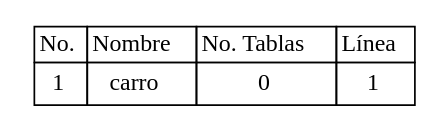
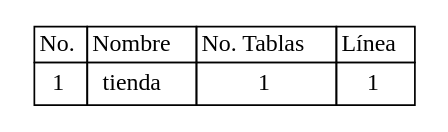
One commit to Jodyannre/COMPI2_proyecto2_2022 changed the diagram in Back/Web/tablas/tablaBD.dot. Above: the diagram before and after it, drawn with Graphviz. The commit also changed 25 other files, not shown here.

```diff
--- a/Back/Web/tablas/tablaBD.dot
+++ b/Back/Web/tablas/tablaBD.dot
@@ -1,27 +1,27 @@
 
 	digraph {
 		tablaSimbolos [
 		  shape=plaintext
 		  label=<
 			<table border='0' cellborder='1' color='black' cellspacing='0'>
 			  <tr>
 				  <td>No.</td>
 				  <td>Nombre</td>
 				  <td>No. Tablas</td>
 				  <td>Línea</td>
 			  </tr>
 <tr>
 <td cellpadding='4'>
 1
 </td>
-<td cellpadding='4'>carro
+<td cellpadding='4'>tienda
 </td>
-<td cellpadding='4'>0
+<td cellpadding='4'>1
 </td>
 <td cellpadding='4'>1
 </td>
 </tr>
 
 		</table>
 		>];
 	}
```
